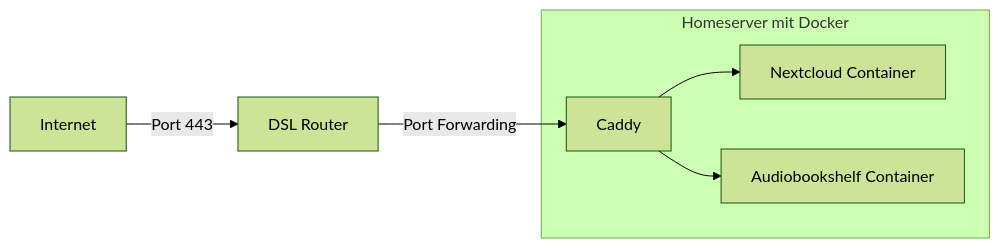
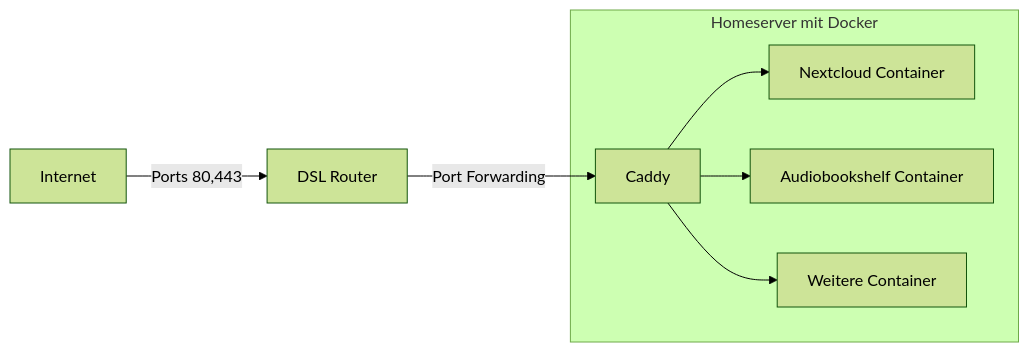
One commit to derphilipp/schulung_selfhosting changed the first of 3 diagrams in slides.md. Above: the diagram before and after it, drawn with Mermaid (forest theme). The commit also changed other lines of this file, not shown here.

````diff
--- a/slides.md
+++ b/slides.md
@@ -185,14 +188,16 @@
 ```mermaid
 graph LR
-    A[Internet] -->|Port 443| B[DSL Router]
+    A[Internet] -->|Ports 80,443| B[DSL Router]
     B --> |Port Forwarding| D[Caddy]
     D --> E[Nextcloud Container]
     D --> F[Audiobookshelf Container]
+    D --> G[Weitere Container]
 
     subgraph Homeserver mit Docker
     D
     E
     F
+    G
     end
 
 ```
````
